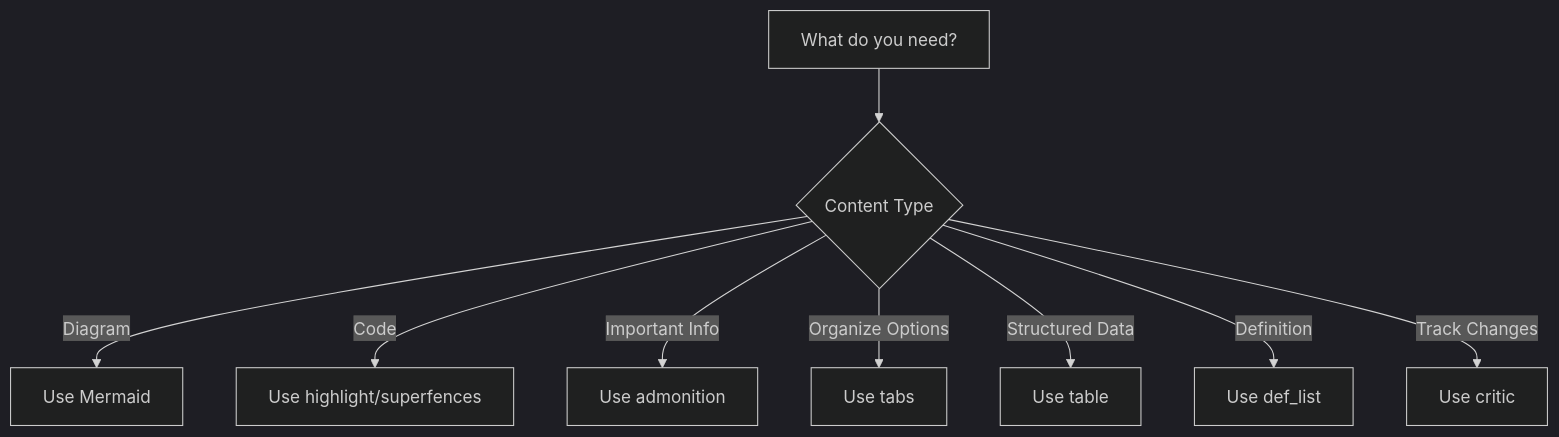
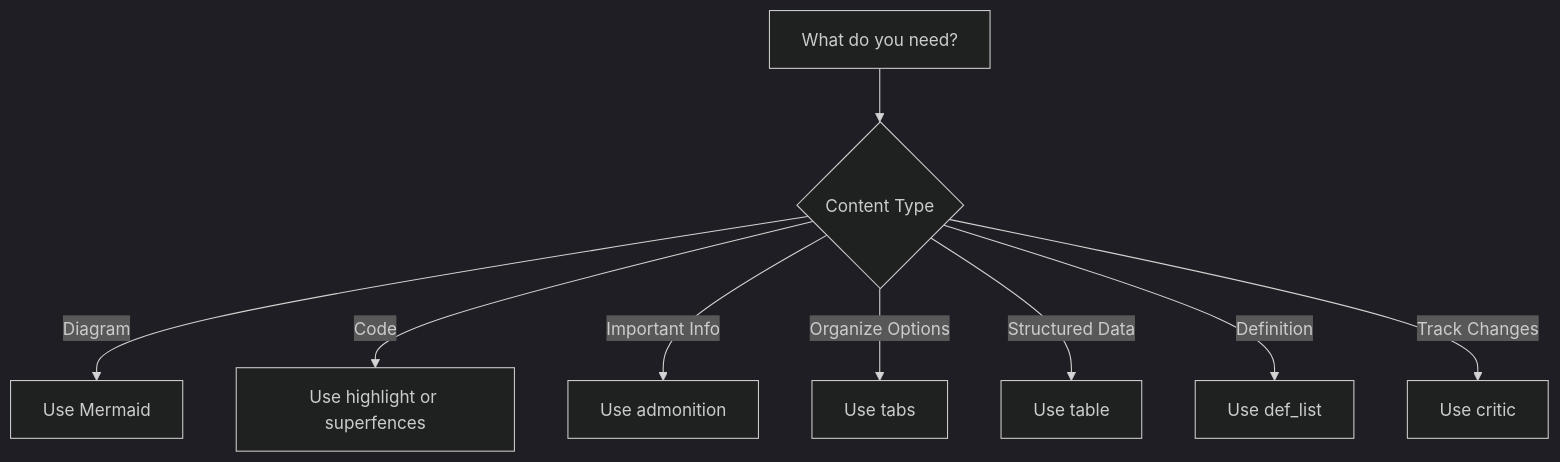
The ninth of 9 diagrams in docs/tutorials/mkdocs/mkdocs-extensions-guide.md (ProsperousHeart/gardening-app), drawn with Mermaid (dark theme) before and after one commit. The commit also changed other lines of this file, not shown here.

````diff
--- a/docs/tutorials/mkdocs/mkdocs-extensions-guide.md
+++ b/docs/tutorials/mkdocs/mkdocs-extensions-guide.md
@@ -1094,11 +1137,11 @@
 ```mermaid
-graph TD
-    A[What do you need?] --> B{Content Type}
-    B -->|Diagram| C[Use Mermaid]
-    B -->|Code| D[Use highlight/superfences]
-    B -->|Important Info| E[Use admonition]
-    B -->|Organize Options| F[Use tabs]
-    B -->|Structured Data| G[Use table]
-    B -->|Definition| H[Use def_list]
-    B -->|Track Changes| I[Use critic]
+flowchart TD
+    A["What do you need?"] --> B{"Content Type"}
+    B -->|"Diagram"| C["Use Mermaid"]
+    B -->|"Code"| D["Use highlight or superfences"]
+    B -->|"Important Info"| E["Use admonition"]
+    B -->|"Organize Options"| F["Use tabs"]
+    B -->|"Structured Data"| G["Use table"]
+    B -->|"Definition"| H["Use def_list"]
+    B -->|"Track Changes"| I["Use critic"]
 ```
````
